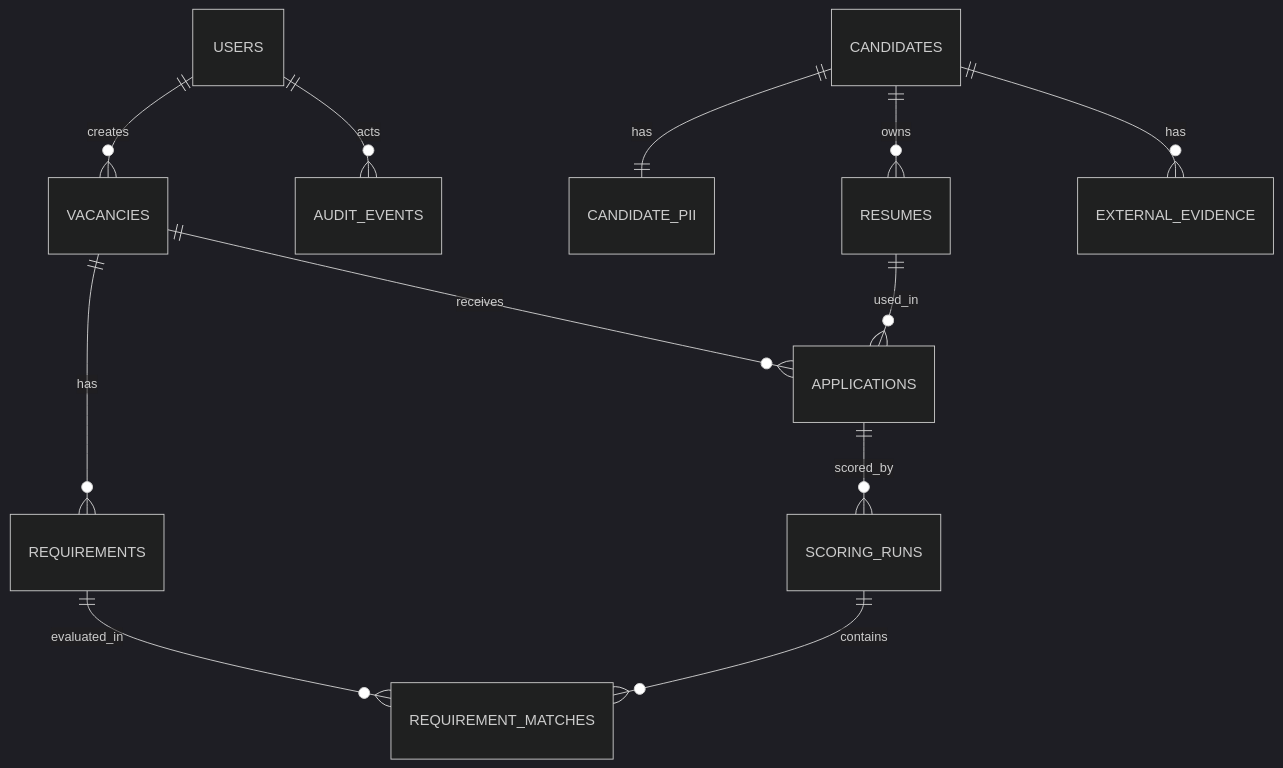
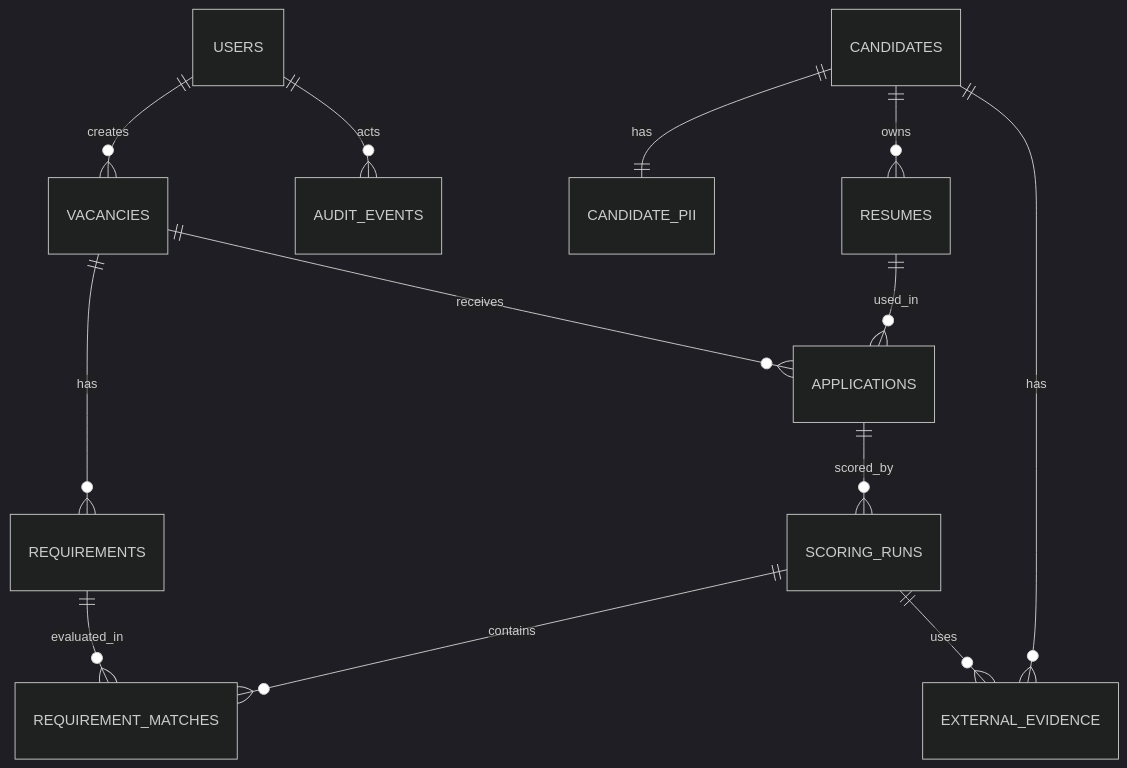
Before and after one commit to MiZentUi/tracing_ats: the third of 3 diagrams in README.md, drawn with Mermaid (dark theme). The commit also changed other lines of this file, not shown here.

````diff
--- a/README.md
+++ b/README.md
@@ -744,14 +852,15 @@
 ```mermaid
 erDiagram
     USERS ||--o{ VACANCIES : creates
     USERS ||--o{ AUDIT_EVENTS : acts
     CANDIDATES ||--|| CANDIDATE_PII : has
     CANDIDATES ||--o{ RESUMES : owns
     VACANCIES ||--o{ REQUIREMENTS : has
     VACANCIES ||--o{ APPLICATIONS : receives
     RESUMES ||--o{ APPLICATIONS : used_in
     APPLICATIONS ||--o{ SCORING_RUNS : scored_by
     SCORING_RUNS ||--o{ REQUIREMENT_MATCHES : contains
     REQUIREMENTS ||--o{ REQUIREMENT_MATCHES : evaluated_in
     CANDIDATES ||--o{ EXTERNAL_EVIDENCE : has
+    SCORING_RUNS ||--o{ EXTERNAL_EVIDENCE : uses
 ```
````
